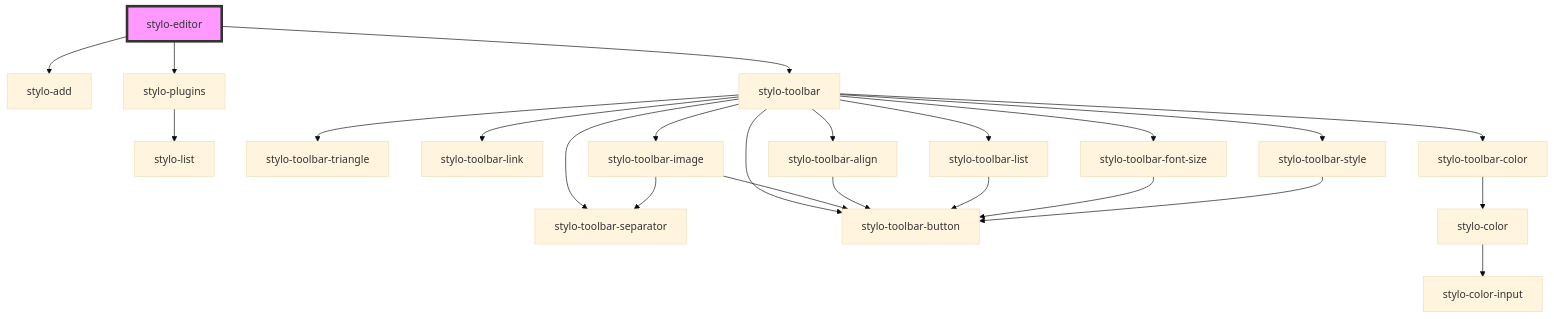
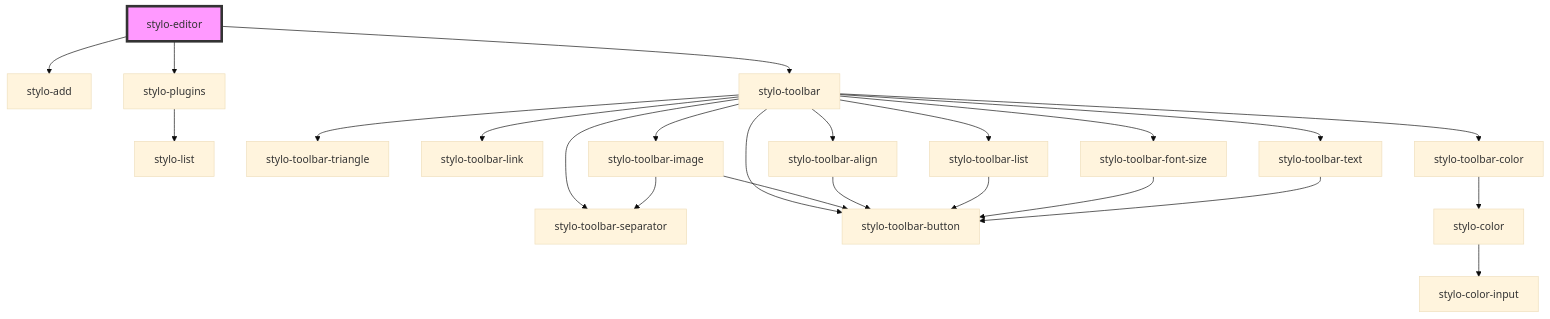
Before and after one commit to peterpeterparker/stylo: the diagram in src/components/editor/readme.md, drawn with Mermaid (base theme). The commit also changed 13 other files, not shown here.

````diff
--- a/src/components/editor/readme.md
+++ b/src/components/editor/readme.md
@@ -22,26 +22,26 @@
 ```mermaid
 graph TD;
   stylo-editor --> stylo-add
   stylo-editor --> stylo-plugins
   stylo-editor --> stylo-toolbar
   stylo-plugins --> stylo-list
   stylo-toolbar --> stylo-toolbar-triangle
   stylo-toolbar --> stylo-toolbar-link
   stylo-toolbar --> stylo-toolbar-color
   stylo-toolbar --> stylo-toolbar-image
   stylo-toolbar --> stylo-toolbar-align
   stylo-toolbar --> stylo-toolbar-list
   stylo-toolbar --> stylo-toolbar-font-size
   stylo-toolbar --> stylo-toolbar-separator
   stylo-toolbar --> stylo-toolbar-button
-  stylo-toolbar --> stylo-toolbar-style
+  stylo-toolbar --> stylo-toolbar-text
   stylo-toolbar-color --> stylo-color
   stylo-color --> stylo-color-input
   stylo-toolbar-image --> stylo-toolbar-button
   stylo-toolbar-image --> stylo-toolbar-separator
   stylo-toolbar-align --> stylo-toolbar-button
   stylo-toolbar-list --> stylo-toolbar-button
   stylo-toolbar-font-size --> stylo-toolbar-button
-  stylo-toolbar-style --> stylo-toolbar-button
+  stylo-toolbar-text --> stylo-toolbar-button
   style stylo-editor fill:#f9f,stroke:#333,stroke-width:4px
 ```
````
